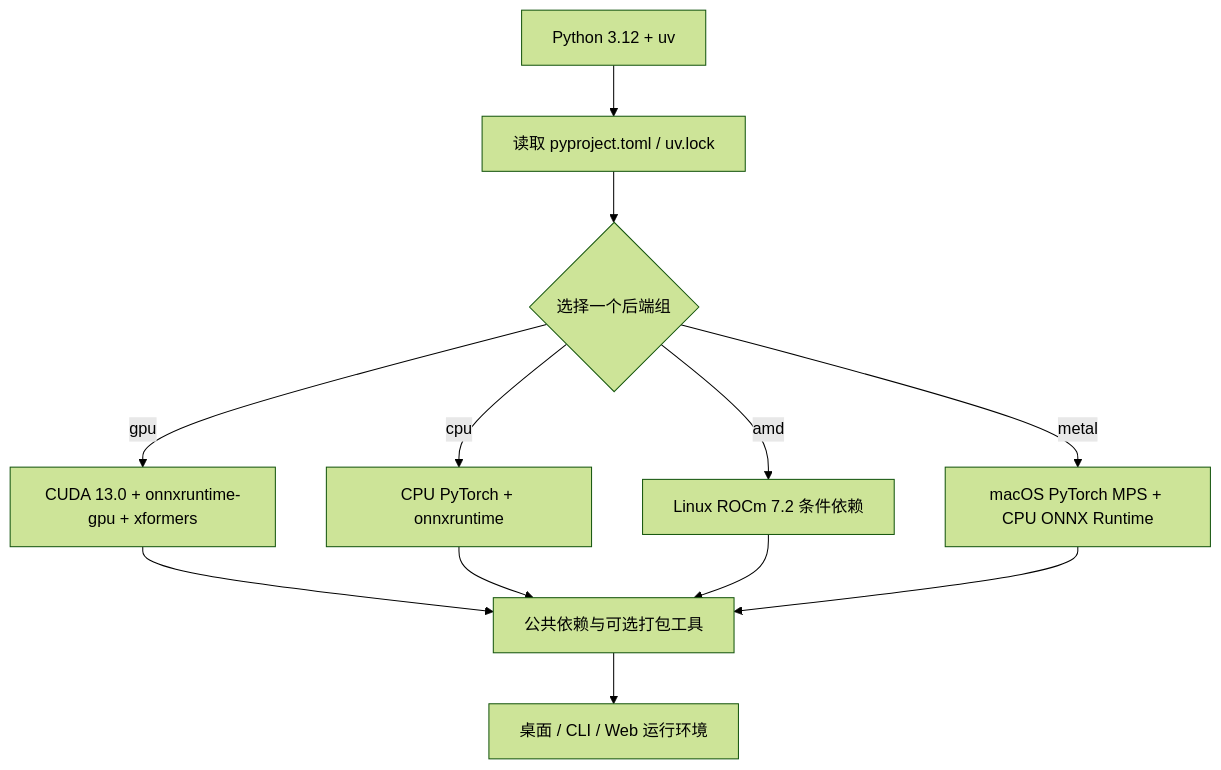
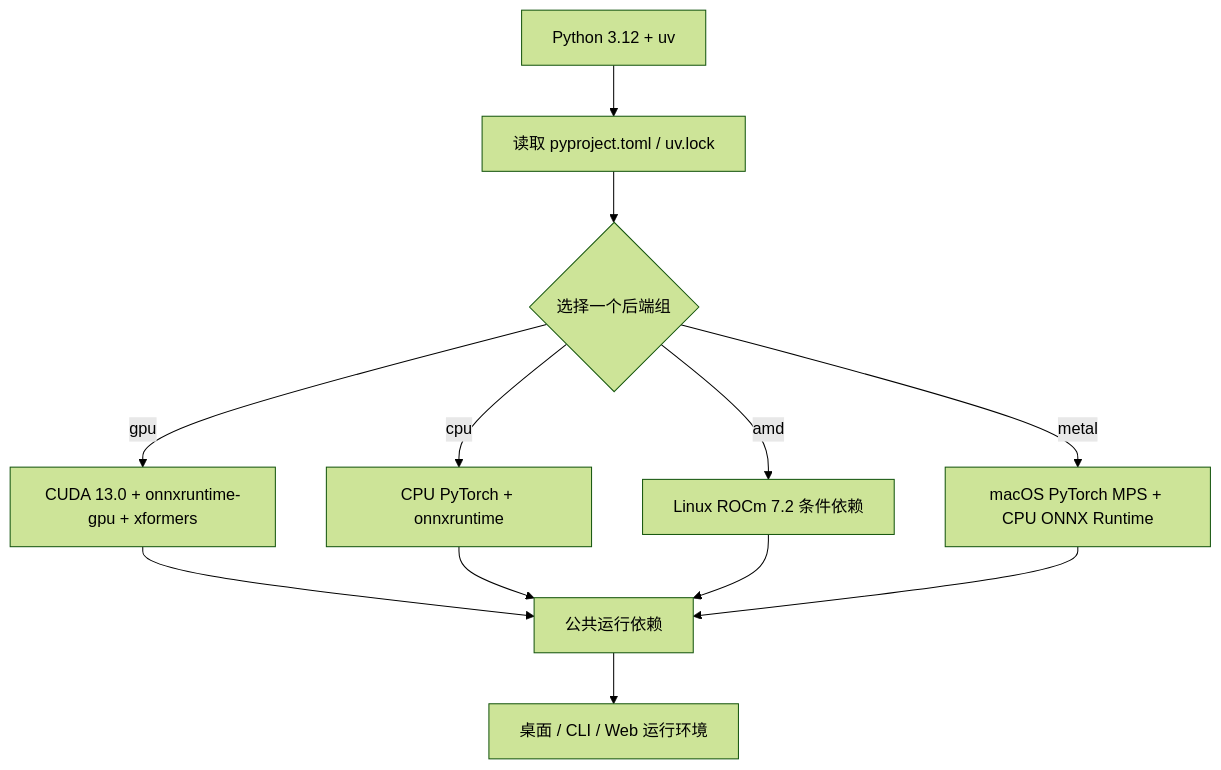
One commit to hgmzhn/manga-translator-ui changed the diagram in doc/wiki/zh/install/requirements.md. Above: the diagram before and after it, drawn with Mermaid (forest theme). The commit also changed other lines of this file and 21 other files, not shown here.

````diff
--- a/doc/wiki/zh/install/requirements.md
+++ b/doc/wiki/zh/install/requirements.md
@@ -65,14 +65,14 @@
 ```mermaid
 flowchart TD
     A["Python 3.12 + uv"] --> B["读取 pyproject.toml / uv.lock"]
     B --> C{"选择一个后端组"}
     C -->|gpu| D["CUDA 13.0 + onnxruntime-gpu + xformers"]
     C -->|cpu| E["CPU PyTorch + onnxruntime"]
     C -->|amd| F["Linux ROCm 7.2 条件依赖"]
     C -->|metal| G["macOS PyTorch MPS + CPU ONNX Runtime"]
-    D --> H["公共依赖与可选打包工具"]
+    D --> H["公共运行依赖"]
     E --> H
     F --> H
     G --> H
     H --> I["桌面 / CLI / Web 运行环境"]
 ```
````
